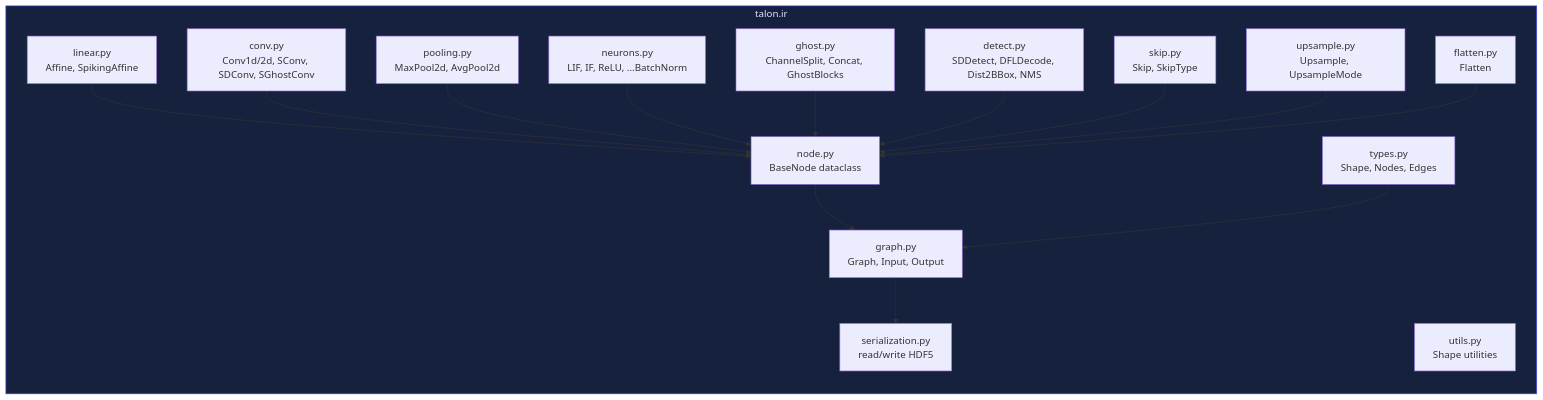
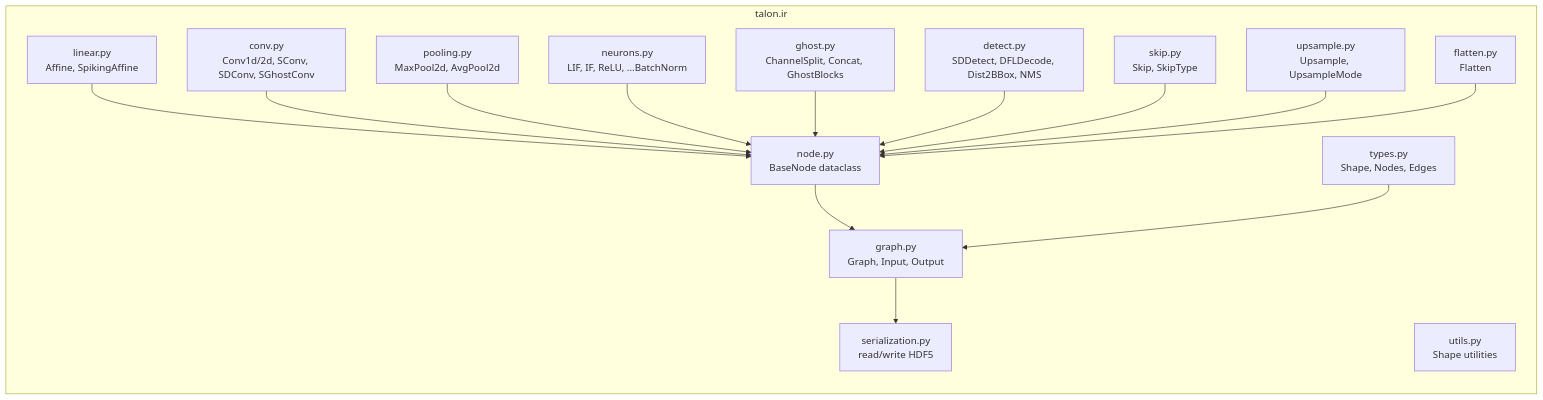
One commit to type1compute/docs changed the second of 9 diagrams in docs/talon-ecosystem/architecture.md. Above: the diagram before and after it, drawn with Mermaid. The commit also changed other lines of this file and 35 other files, not shown here.

````diff
--- a/docs/talon-ecosystem/architecture.md
+++ b/docs/talon-ecosystem/architecture.md
@@ -82,34 +82,33 @@
 ```mermaid
 graph LR
     subgraph talon.ir
         Node["node.py<br/>BaseNode dataclass"]
         Types["types.py<br/>Shape, Nodes, Edges"]
         Graph["graph.py<br/>Graph, Input, Output"]
         Linear["linear.py<br/>Affine, SpikingAffine"]
         Conv["conv.py<br/>Conv1d/2d, SConv, SDConv, SGhostConv"]
         Pool["pooling.py<br/>MaxPool2d, AvgPool2d"]
         Neurons["neurons.py<br/>LIF, IF, ReLU, ...BatchNorm"]
         Ghost["ghost.py<br/>ChannelSplit, Concat, GhostBlocks"]
         Detect["detect.py<br/>SDDetect, DFLDecode, Dist2BBox, NMS"]
         Skip["skip.py<br/>Skip, SkipType"]
         Upsample["upsample.py<br/>Upsample, UpsampleMode"]
         Flatten["flatten.py<br/>Flatten"]
         Serial["serialization.py<br/>read/write HDF5"]
         Utils["utils.py<br/>Shape utilities"]
     end
 
     Node --> Graph
     Types --> Graph
     Graph --> Serial
     Linear --> Node
     Conv --> Node
     Pool --> Node
     Neurons --> Node
     Ghost --> Node
     Detect --> Node
     Skip --> Node
     Upsample --> Node
     Flatten --> Node
 
-    style talon.ir fill:#16213e,color:#e0e0ff,stroke:#4a4aff
 ```
````
